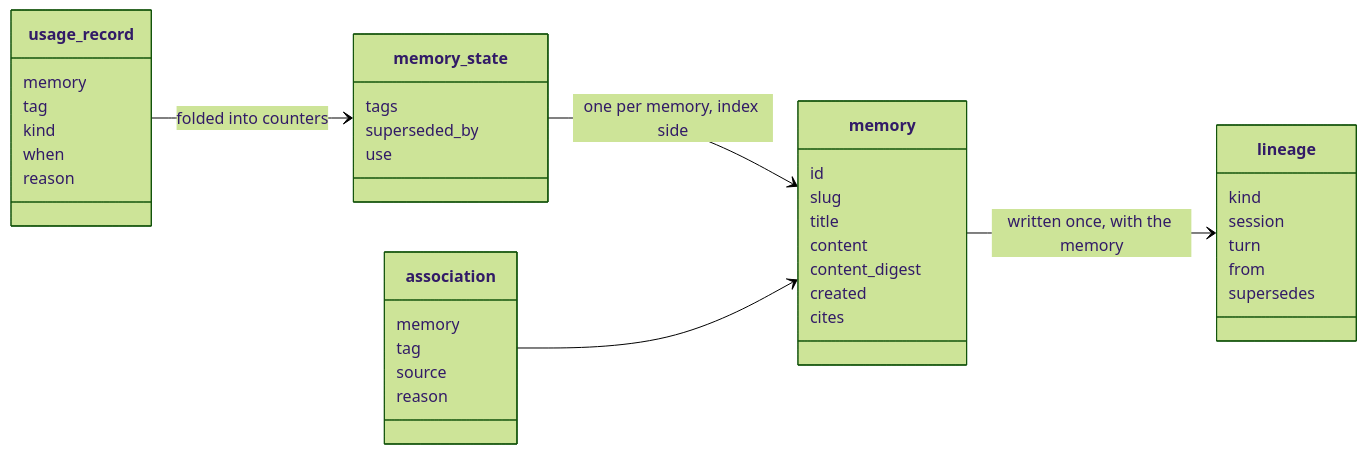
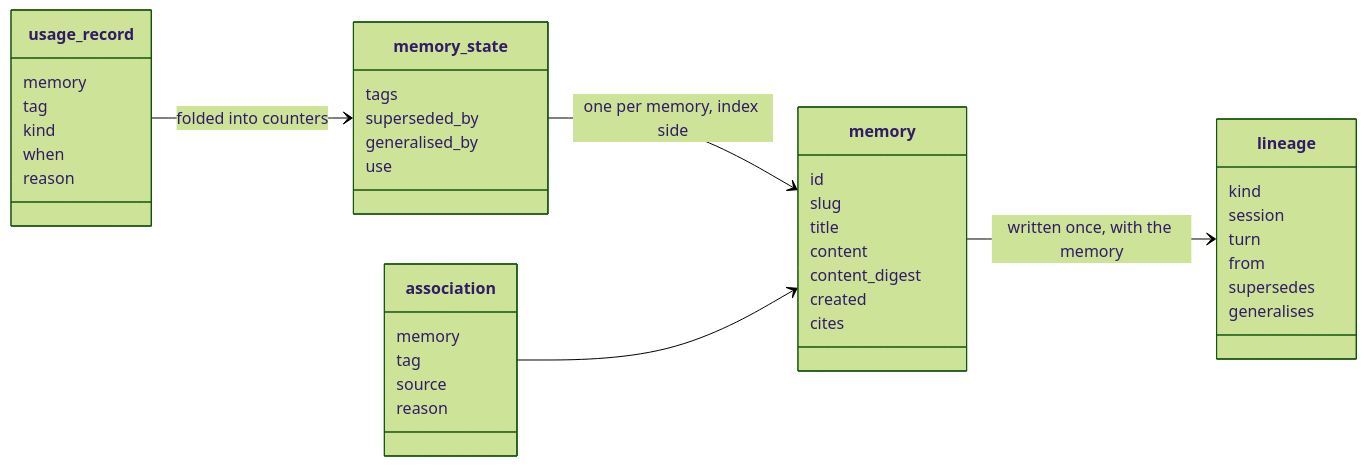
One commit to Debith/pygim changed the fifth of 9 diagrams in docs/design/memory/01_domain_model.md. Above: the diagram before and after it, drawn with Mermaid (forest theme). The commit also changed other lines of this file and 3 other files, not shown here.

````diff
--- a/docs/design/memory/01_domain_model.md
+++ b/docs/design/memory/01_domain_model.md
@@ -269,42 +269,44 @@
 ```mermaid
 classDiagram
     direction LR
     class memory {
         id
         slug
         title
         content
         content_digest
         created
         cites
     }
     class lineage {
         kind
         session
         turn
         from
         supersedes
+        generalises
     }
     class memory_state {
         tags
         superseded_by
+        generalised_by
         use
     }
     class association {
         memory
         tag
         source
         reason
     }
     class usage_record {
         memory
         tag
         kind
         when
         reason
     }
     memory --> lineage : written once, with the memory
     memory_state --> memory : one per memory, index side
     association --> memory
     usage_record --> memory_state : folded into counters
 ```
````
